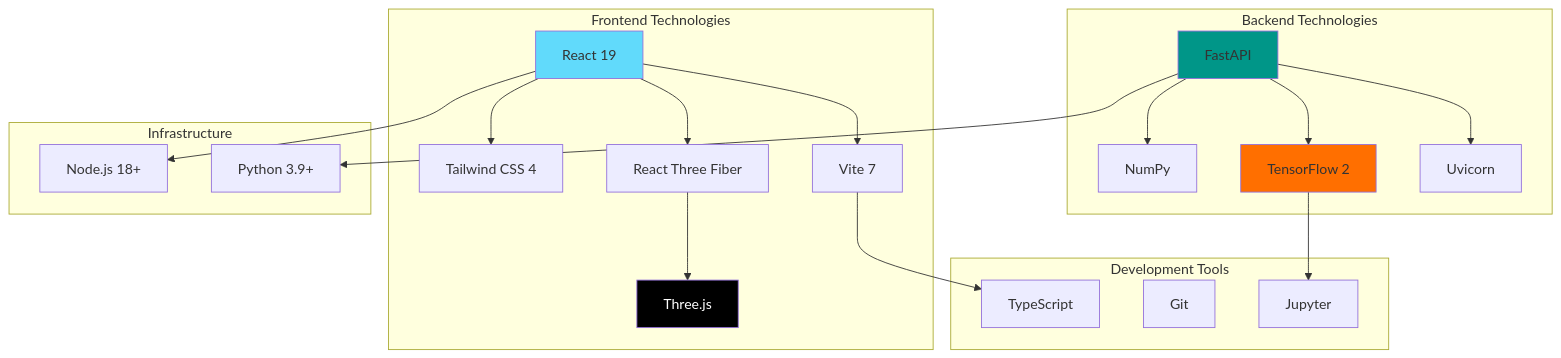
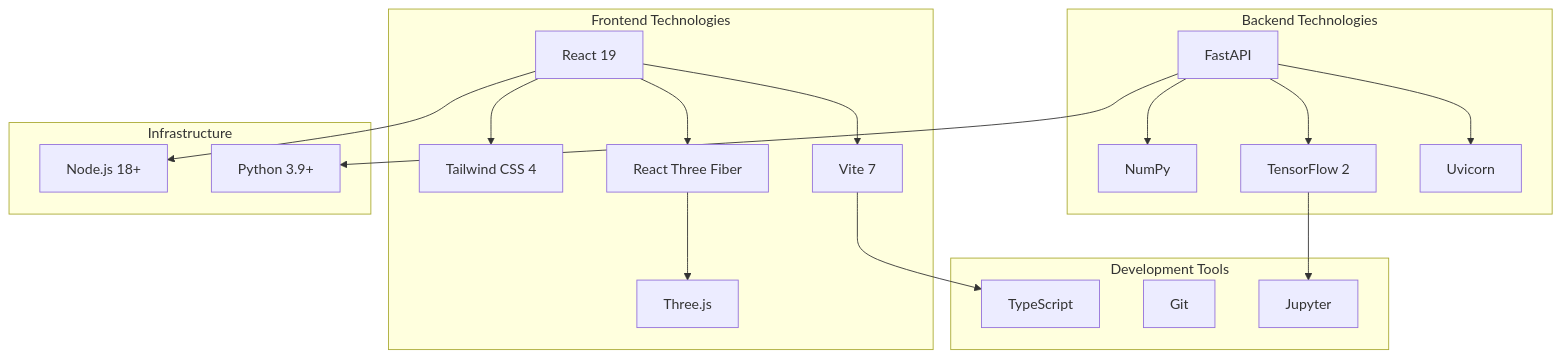
Before and after one commit to Divesh-Kshirsagar/BIMCS: the diagram in docs/tech-stack.md, drawn with Mermaid. The commit also changed 7 other files, not shown here.

Commit message:
refactor: remove unnecessary style definitions from documentation diagrams

````diff
--- a/docs/tech-stack.md
+++ b/docs/tech-stack.md
@@ -9,48 +9,45 @@
 ```mermaid
 graph TB
     subgraph "Frontend Technologies"
         React[React 19]
         Vite[Vite 7]
         Three[Three.js]
         R3F[React Three Fiber]
         Tailwind[Tailwind CSS 4]
     end
     
     subgraph "Backend Technologies"
         FastAPI[FastAPI]
         Uvicorn[Uvicorn]
         TF[TensorFlow 2]
         NumPy[NumPy]
     end
     
     subgraph "Development Tools"
         TypeScript[TypeScript]
         Git[Git]
         Jupyter[Jupyter]
     end
     
     subgraph "Infrastructure"
         Python[Python 3.9+]
         Node[Node.js 18+]
     end
     
     React --> Vite
     React --> R3F
     R3F --> Three
     React --> Tailwind
     
     FastAPI --> Uvicorn
     FastAPI --> TF
     FastAPI --> NumPy
     
     Vite --> TypeScript
     TF --> Jupyter
     
     React --> Node
     FastAPI --> Python
     
-    style React fill:#61dafb
-    style FastAPI fill:#009688
-    style TF fill:#ff6f00
-    style Three fill:#000000,color:#fff
+
 ```
````
